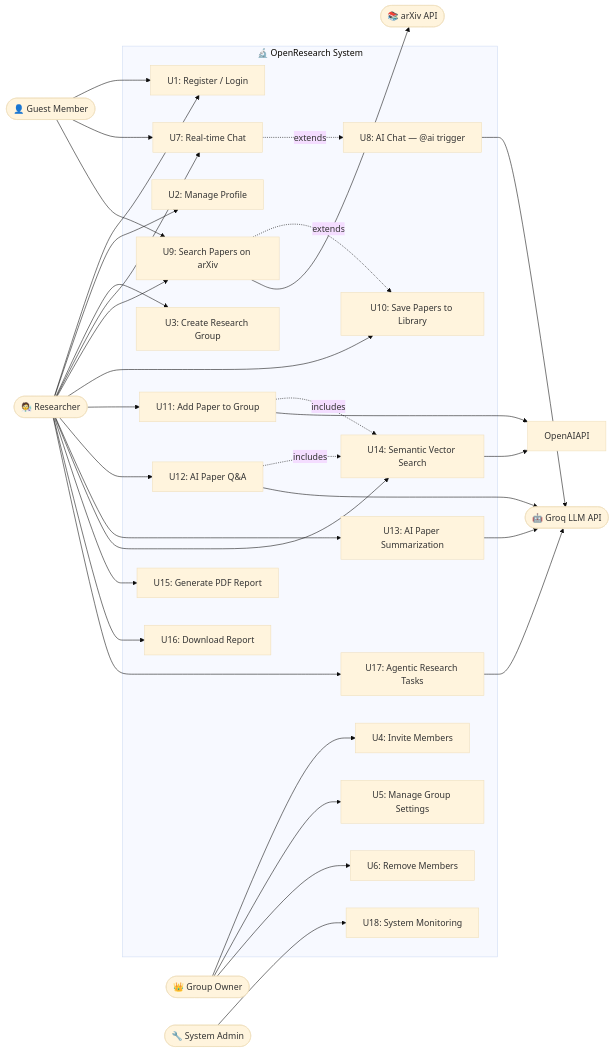
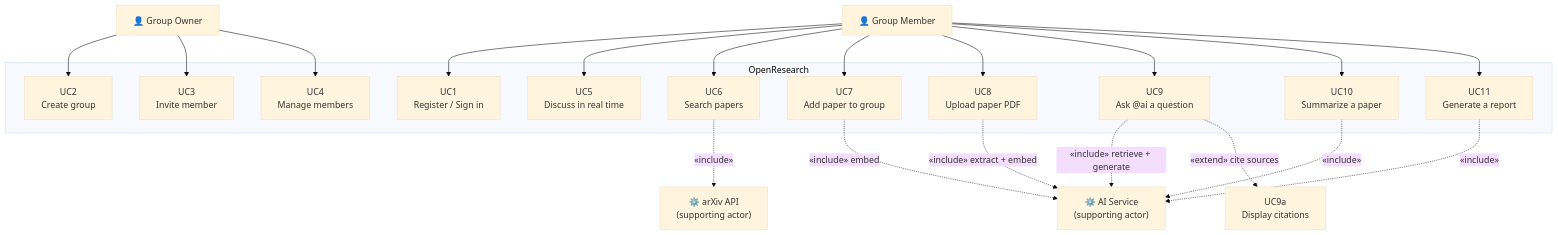
The first of 14 diagrams in docs/UML-Diagrams.md (BRUH-MAIN/OpenResearch), drawn with Mermaid (base theme) before and after one commit. The commit also changed other lines of this file and 1 other file, not shown here.

First line of the commit message:
docs: regenerate SRS and UML against the implemented system

````diff
--- a/docs/UML-Diagrams.md
+++ b/docs/UML-Diagrams.md
@@ -36,77 +20,43 @@
 ```mermaid
-graph LR
-    %% Actors
-    Researcher([🧑‍🔬 Researcher])
-    GroupOwner([👑 Group Owner])
-    Guest([👤 Guest Member])
-    Admin([🔧 System Admin])
+graph TB
+    Member["👤 Group Member"]
+    Owner["👤 Group Owner"]
+    AIService["⚙️ AI Service<br/>(supporting actor)"]
+    ArXiv["⚙️ arXiv API<br/>(supporting actor)"]
 
-    %% External Systems
-    ArXiv([📚 arXiv API])
-    GroqAI([🤖 Groq LLM API])
-
-    %% System Boundary
-    subgraph OpenResearch ["🔬 OpenResearch System"]
-        UC1["U1: Register / Login"]
-        UC2["U2: Manage Profile"]
-        UC3["U3: Create Research Group"]
-        UC4["U4: Invite Members"]
-        UC5["U5: Manage Group Settings"]
-        UC6["U6: Remove Members"]
-        UC7["U7: Real-time Chat"]
-        UC8["U8: AI Chat — @ai trigger"]
-        UC9["U9: Search Papers on arXiv"]
-        UC10["U10: Save Papers to Library"]
-        UC11["U11: Add Paper to Group"]
-        UC12["U12: AI Paper Q&A"]
-        UC13["U13: AI Paper Summarization"]
-        UC14["U14: Semantic Vector Search"]
-        UC15["U15: Generate PDF Report"]
-        UC16["U16: Download Report"]
-        UC17["U17: Agentic Research Tasks"]
-        UC18["U18: System Monitoring"]
+    subgraph OpenResearch
+        UC1["UC1<br/>Register / Sign in"]
+        UC2["UC2<br/>Create group"]
+        UC3["UC3<br/>Invite member"]
+        UC4["UC4<br/>Manage members"]
+        UC5["UC5<br/>Discuss in real time"]
+        UC6["UC6<br/>Search papers"]
+        UC7["UC7<br/>Add paper to group"]
+        UC8["UC8<br/>Upload paper PDF"]
+        UC9["UC9<br/>Ask @ai a question"]
+        UC10["UC10<br/>Summarize a paper"]
+        UC11["UC11<br/>Generate a report"]
     end
 
-    %% Researcher associations
-    Researcher --> UC1
-    Researcher --> UC2
-    Researcher --> UC3
-    Researcher --> UC7
-    Researcher --> UC9
-    Researcher --> UC10
-    Researcher --> UC11
-    Researcher --> UC12
-    Researcher --> UC13
-    Researcher --> UC14
-    Researcher --> UC15
-    Researcher --> UC16
-    Researcher --> UC17
+    Member --> UC1
+    Member --> UC5
+    Member --> UC6
+    Member --> UC7
+    Member --> UC8
+    Member --> UC9
+    Member --> UC10
+    Member --> UC11
 
-    %% Group Owner extends Researcher
-    GroupOwner --> UC4
-    GroupOwner --> UC5
-    GroupOwner --> UC6
+    Owner --> UC2
+    Owner --> UC3
+    Owner --> UC4
 
-    %% Guest
-    Guest --> UC1
-    Guest --> UC7
-    Guest --> UC9
+    UC6 -.->|"«include»"| ArXiv
+    UC7 -.->|"«include» embed"| AIService
+    UC8 -.->|"«include» extract + embed"| AIService
+    UC9 -.->|"«include» retrieve + generate"| AIService
+    UC10 -.->|"«include»"| AIService
+    UC11 -.->|"«include»"| AIService
 
-    %% Admin
-    Admin --> UC18
-
-    %% Extends and Includes
-    UC7 -.->|extends| UC8
-    UC9 -.->|extends| UC10
-    UC11 -.->|includes| UC14
-    UC12 -.->|includes| UC14
-
-    %% External system connections
-    UC9 --> ArXiv
-    UC8 --> GroqAI
-    UC12 --> GroqAI
-    UC13 --> GroqAI
-    UC17 --> GroqAI
-    UC11 --> OpenAIAPI
-    UC14 --> OpenAIAPI
+    UC9 -.->|"«extend» cite sources"| UC9a["UC9a<br/>Display citations"]
 ```
````
